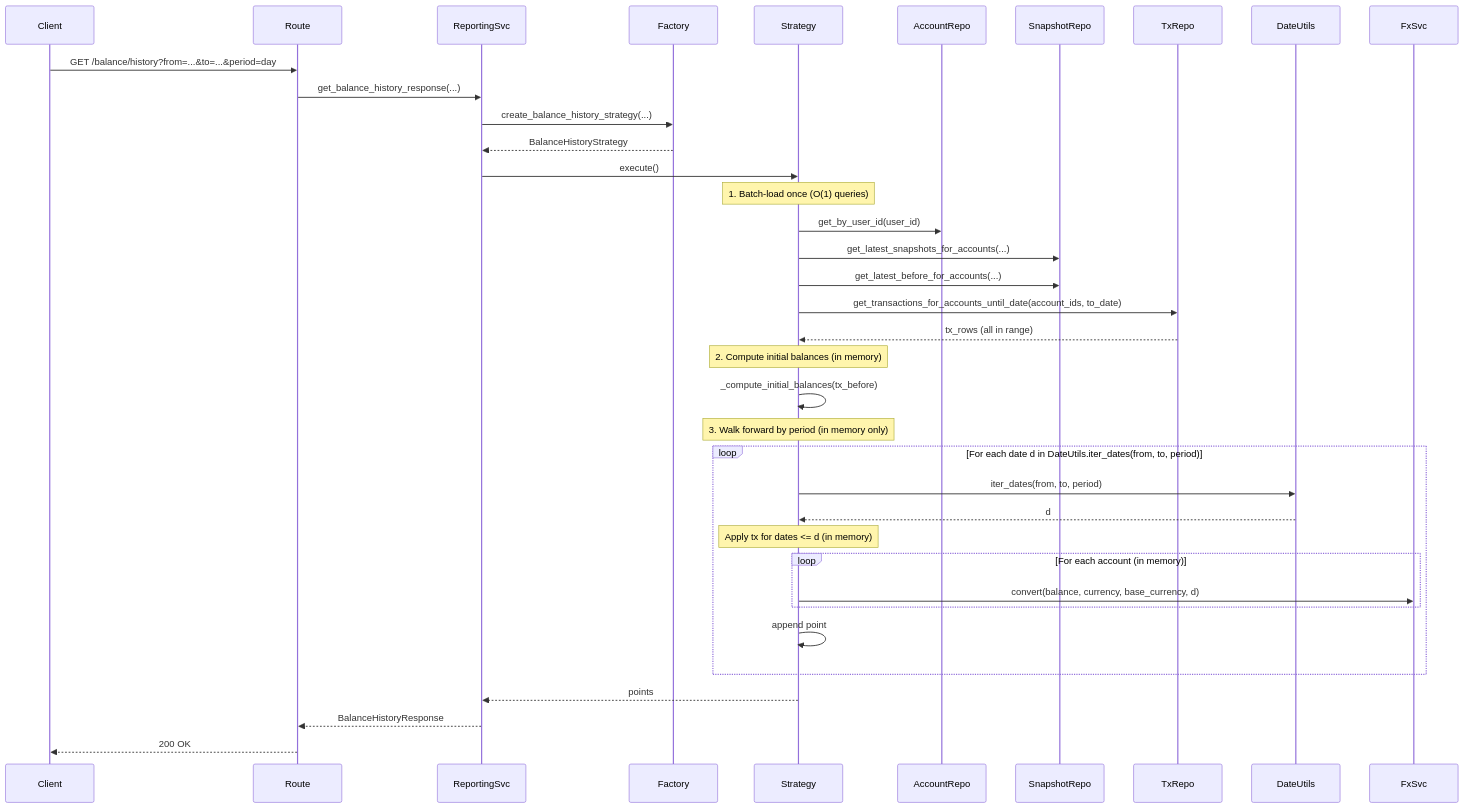
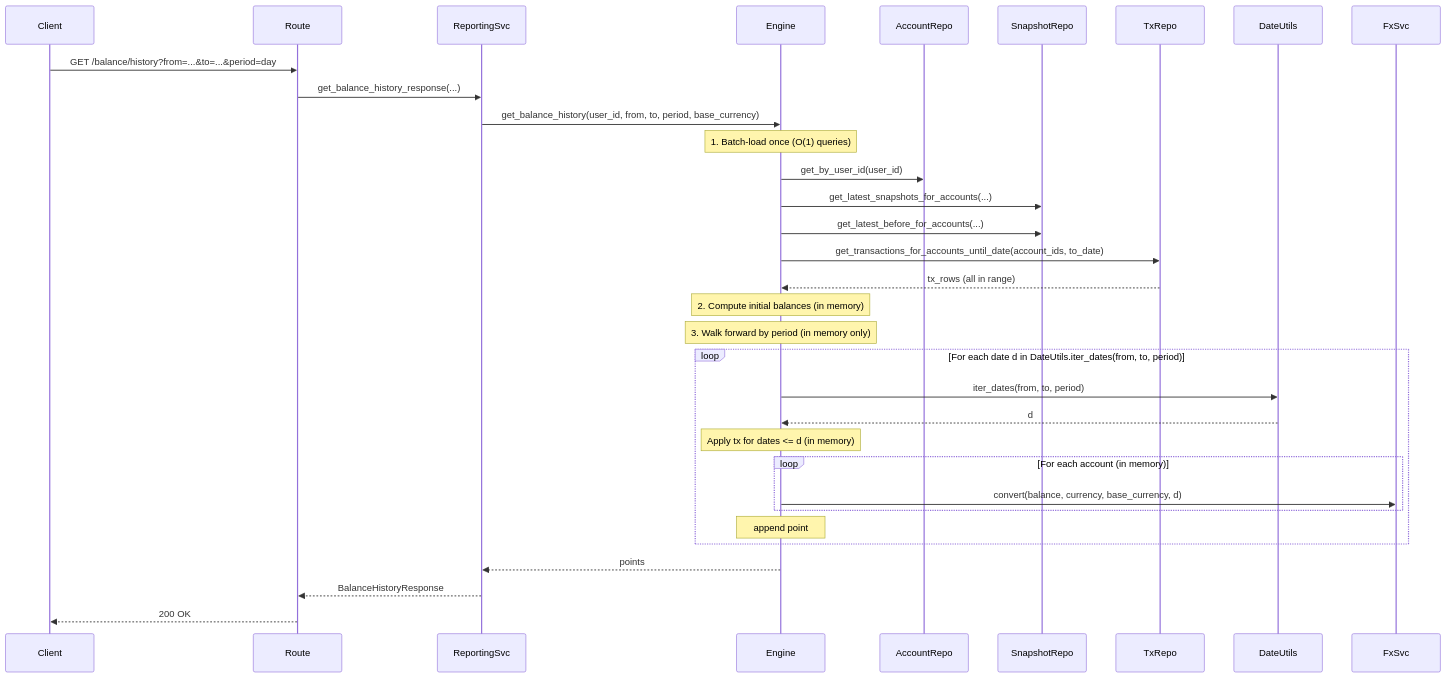
One commit to robz-code/smart-finances-back changed the fourth of 6 diagrams in docs/BalanceEngineDiagrams.md. Above: the diagram before and after it, drawn with Mermaid. The commit also changed other lines of this file and 11 other files, not shown here.

First line of the commit message:
Refactor balance architecture to utilize BalanceEngine for reporting

````diff
--- a/docs/BalanceEngineDiagrams.md
+++ b/docs/BalanceEngineDiagrams.md
@@ -205,46 +161,41 @@
 ```mermaid
 sequenceDiagram
     participant Client
     participant Route
     participant ReportingSvc
-    participant Factory
-    participant Strategy
+    participant Engine
     participant AccountRepo
     participant SnapshotRepo
     participant TxRepo
     participant DateUtils
     participant FxSvc
 
     Client->>Route: GET /balance/history?from=...&to=...&period=day
     Route->>ReportingSvc: get_balance_history_response(...)
 
-    ReportingSvc->>Factory: create_balance_history_strategy(...)
-    Factory-->>ReportingSvc: BalanceHistoryStrategy
+    ReportingSvc->>Engine: get_balance_history(user_id, from, to, period, base_currency)
 
-    ReportingSvc->>Strategy: execute()
+    Note over Engine: 1. Batch-load once (O(1) queries)
+    Engine->>AccountRepo: get_by_user_id(user_id)
+    Engine->>SnapshotRepo: get_latest_snapshots_for_accounts(...)
+    Engine->>SnapshotRepo: get_latest_before_for_accounts(...)
+    Engine->>TxRepo: get_transactions_for_accounts_until_date(account_ids, to_date)
+    TxRepo-->>Engine: tx_rows (all in range)
 
-    Note over Strategy: 1. Batch-load once (O(1) queries)
-    Strategy->>AccountRepo: get_by_user_id(user_id)
-    Strategy->>SnapshotRepo: get_latest_snapshots_for_accounts(...)
-    Strategy->>SnapshotRepo: get_latest_before_for_accounts(...)
-    Strategy->>TxRepo: get_transactions_for_accounts_until_date(account_ids, to_date)
-    TxRepo-->>Strategy: tx_rows (all in range)
+    Note over Engine: 2. Compute initial balances (in memory)
 
-    Note over Strategy: 2. Compute initial balances (in memory)
-    Strategy->>Strategy: _compute_initial_balances(tx_before)
-
-    Note over Strategy: 3. Walk forward by period (in memory only)
+    Note over Engine: 3. Walk forward by period (in memory only)
     loop For each date d in DateUtils.iter_dates(from, to, period)
-        Strategy->>DateUtils: iter_dates(from, to, period)
-        DateUtils-->>Strategy: d
-        Note over Strategy: Apply tx for dates <= d (in memory)
+        Engine->>DateUtils: iter_dates(from, to, period)
+        DateUtils-->>Engine: d
+        Note over Engine: Apply tx for dates <= d (in memory)
         loop For each account (in memory)
-            Strategy->>FxSvc: convert(balance, currency, base_currency, d)
+            Engine->>FxSvc: convert(balance, currency, base_currency, d)
         end
-        Strategy->>Strategy: append point
+        Note over Engine: append point
     end
 
-    Strategy-->>ReportingSvc: points
+    Engine-->>ReportingSvc: points
     ReportingSvc-->>Route: BalanceHistoryResponse
     Route-->>Client: 200 OK
 ```
````
